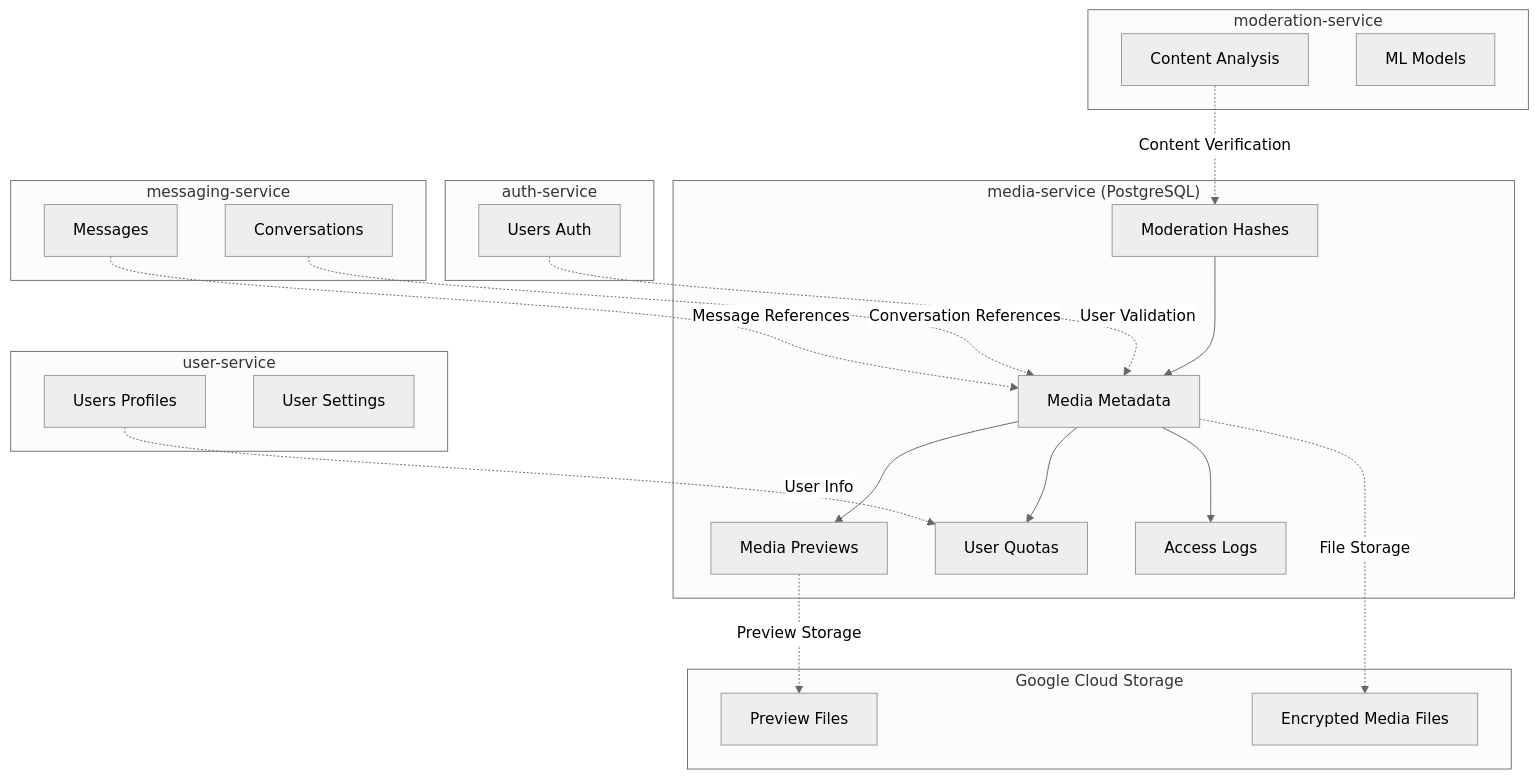
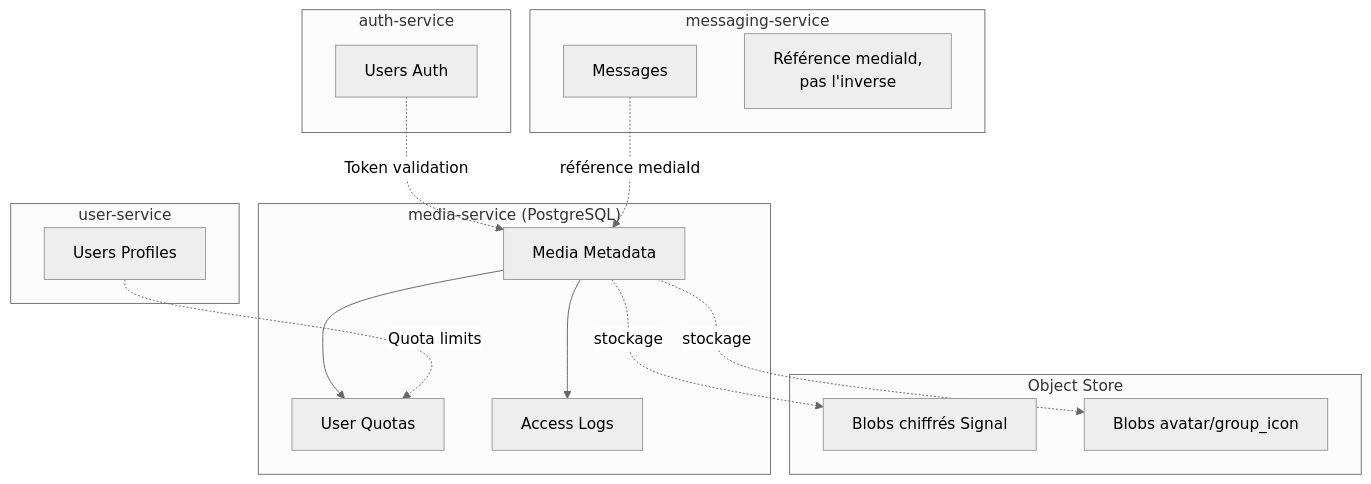
One commit to whispr-messenger/media-service changed the second of 2 diagrams in documentation/1_architecture/2_database_design.md. Above: the diagram before and after it, drawn with Mermaid (neutral theme). The commit also changed other lines of this file and 3 other files, not shown here.

First line of the commit message:
docs: rewrite architecture documentation to reflect E2E encryption model

````diff
--- a/documentation/1_architecture/2_database_design.md
+++ b/documentation/1_architecture/2_database_design.md
@@ -422,41 +193,31 @@
 ```mermaid
 graph TB
     subgraph "media-service (PostgreSQL)"
-        A[Media Metadata] --> B[Media Previews]
-        A --> C[User Quotas]
-        A --> D[Access Logs]
-        E[Moderation Hashes] --> A
+        A[Media Metadata] --> B[User Quotas]
+        A --> C[Access Logs]
     end
-    
+
     subgraph "auth-service"
-        F[Users Auth]
+        D[Users Auth]
     end
-    
+
     subgraph "user-service"
-        G[Users Profiles]
-        H[User Settings]
+        E[Users Profiles]
     end
-    
+
     subgraph "messaging-service"
-        I[Messages]
-        J[Conversations]
+        F[Messages]
+        note1["Référence mediaId,\npas l'inverse"]
     end
-    
-    subgraph "moderation-service"
-        K[Content Analysis]
-        L[ML Models]
+
+    subgraph "Object Store"
+        G[Blobs chiffrés Signal]
+        H[Blobs avatar/group_icon]
     end
-    
-    subgraph "Google Cloud Storage"
-        M[Encrypted Media Files]
-        N[Preview Files]
-    end
-    
-    F -.->|User Validation| A
-    G -.->|User Info| C
-    I -.->|Message References| A
-    J -.->|Conversation References| A
-    K -.->|Content Verification| E
-    A -.->|File Storage| M
-    B -.->|Preview Storage| N
+
+    D -.->|Token validation| A
+    E -.->|Quota limits| B
+    F -.->|référence mediaId| A
+    A -.->|stockage| G
+    A -.->|stockage| H
 ```
````
